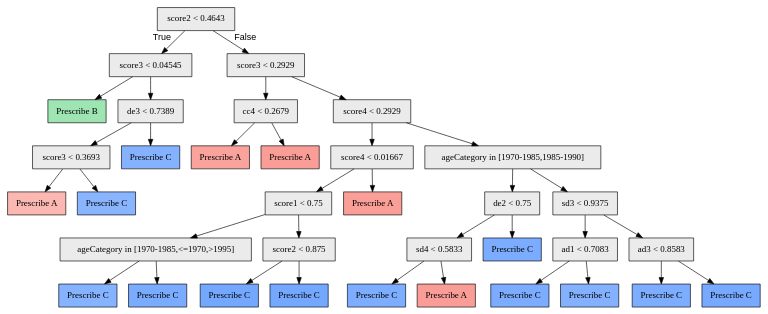
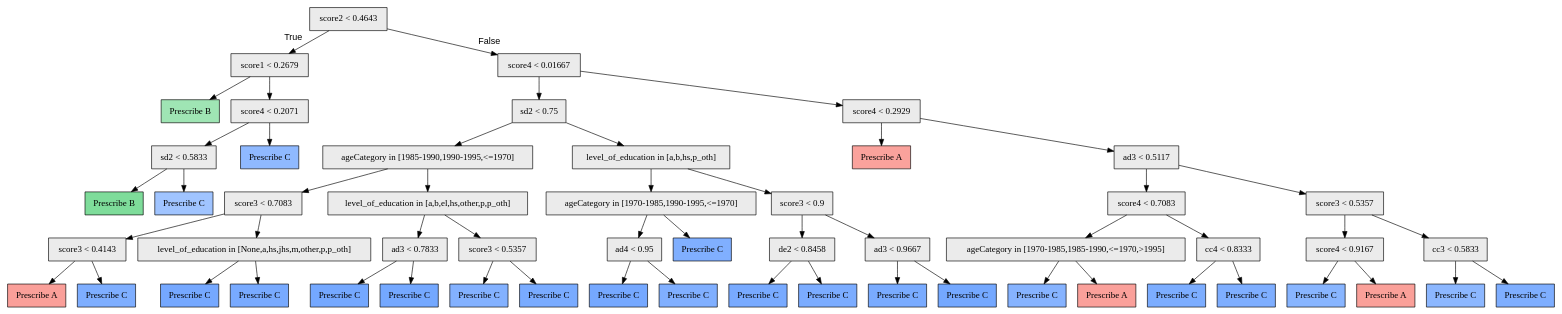
Before and after one commit to galitLukin/PersonalizedLearning: the diagram in python/model/3/rts/pytree.dot, drawn with Graphviz. The commit also changed 15 other files, not shown here.

```diff
--- a/python/model/3/rts/pytree.dot
+++ b/python/model/3/rts/pytree.dot
@@ -1,71 +1,111 @@
 digraph "G" {
 1 [fillcolor="#EBEBEB", fontname="bold arial", label="score2 &lt; 0.4643", shape=box, style="filled"];
-2 [fillcolor="#EBEBEB", fontname="bold arial", label="score3 &lt; 0.04545", shape=box, style="filled"];
+2 [fillcolor="#EBEBEB", fontname="bold arial", label="score1 &lt; 0.2679", shape=box, style="filled"];
 3 [color=black, fillcolor="#00BA3860", fontname="bold arial", label="Prescribe B", shape=box, style="filled"];
-4 [fillcolor="#EBEBEB", fontname="bold arial", label="de3 &lt; 0.7389", shape=box, style="filled"];
-5 [fillcolor="#EBEBEB", fontname="bold arial", label="score3 &lt; 0.3693", shape=box, style="filled"];
-6 [color=black, fillcolor="#F8766D86", fontname="bold arial", label="Prescribe A", shape=box, style="filled"];
-7 [color=black, fillcolor="#619CFFbd", fontname="bold arial", label="Prescribe C", shape=box, style="filled"];
-8 [color=black, fillcolor="#619CFFc5", fontname="bold arial", label="Prescribe C", shape=box, style="filled"];
-9 [fillcolor="#EBEBEB", fontname="bold arial", label="score3 &lt; 0.2929", shape=box, style="filled"];
-10 [fillcolor="#EBEBEB", fontname="bold arial", label="cc4 &lt; 0.2679", shape=box, style="filled"];
-11 [color=black, fillcolor="#F8766Dac", fontname="bold arial", label="Prescribe A", shape=box, style="filled"];
-12 [color=black, fillcolor="#F8766Db6", fontname="bold arial", label="Prescribe A", shape=box, style="filled"];
-13 [fillcolor="#EBEBEB", fontname="bold arial", label="score4 &lt; 0.2929", shape=box, style="filled"];
-14 [fillcolor="#EBEBEB", fontname="bold arial", label="score4 &lt; 0.01667", shape=box, style="filled"];
-15 [fillcolor="#EBEBEB", fontname="bold arial", label="score1 &lt; 0.75", shape=box, style="filled"];
-16 [fillcolor="#EBEBEB", fontname="bold arial", label="ageCategory in [1970-1985,&lt;=1970,&gt;1995]", shape=box, style="filled"];
-17 [color=black, fillcolor="#619CFFc3", fontname="bold arial", label="Prescribe C", shape=box, style="filled"];
-18 [color=black, fillcolor="#619CFFd7", fontname="bold arial", label="Prescribe C", shape=box, style="filled"];
-19 [fillcolor="#EBEBEB", fontname="bold arial", label="score2 &lt; 0.875", shape=box, style="filled"];
-20 [color=black, fillcolor="#619CFFdf", fontname="bold arial", label="Prescribe C", shape=box, style="filled"];
+4 [fillcolor="#EBEBEB", fontname="bold arial", label="score4 &lt; 0.2071", shape=box, style="filled"];
+5 [fillcolor="#EBEBEB", fontname="bold arial", label="sd2 &lt; 0.5833", shape=box, style="filled"];
+6 [color=black, fillcolor="#00BA3881", fontname="bold arial", label="Prescribe B", shape=box, style="filled"];
+7 [color=black, fillcolor="#619CFF98", fontname="bold arial", label="Prescribe C", shape=box, style="filled"];
+8 [color=black, fillcolor="#619CFFb4", fontname="bold arial", label="Prescribe C", shape=box, style="filled"];
+9 [fillcolor="#EBEBEB", fontname="bold arial", label="score4 &lt; 0.01667", shape=box, style="filled"];
+10 [fillcolor="#EBEBEB", fontname="bold arial", label="sd2 &lt; 0.75", shape=box, style="filled"];
+11 [fillcolor="#EBEBEB", fontname="bold arial", label="ageCategory in [1985-1990,1990-1995,&lt;=1970]", shape=box, style="filled"];
+12 [fillcolor="#EBEBEB", fontname="bold arial", label="score3 &lt; 0.7083", shape=box, style="filled"];
+13 [fillcolor="#EBEBEB", fontname="bold arial", label="score3 &lt; 0.4143", shape=box, style="filled"];
+14 [color=black, fillcolor="#F8766Db2", fontname="bold arial", label="Prescribe A", shape=box, style="filled"];
+15 [color=black, fillcolor="#619CFFd0", fontname="bold arial", label="Prescribe C", shape=box, style="filled"];
+16 [fillcolor="#EBEBEB", fontname="bold arial", label="level_of_education in [None,a,hs,jhs,m,other,p,p_oth]", shape=box, style="filled"];
+17 [color=black, fillcolor="#619CFFde", fontname="bold arial", label="Prescribe C", shape=box, style="filled"];
+18 [color=black, fillcolor="#619CFFd9", fontname="bold arial", label="Prescribe C", shape=box, style="filled"];
+19 [fillcolor="#EBEBEB", fontname="bold arial", label="level_of_education in [a,b,el,hs,other,p,p_oth]", shape=box, style="filled"];
+20 [fillcolor="#EBEBEB", fontname="bold arial", label="ad3 &lt; 0.7833", shape=box, style="filled"];
 21 [color=black, fillcolor="#619CFFdf", fontname="bold arial", label="Prescribe C", shape=box, style="filled"];
-22 [color=black, fillcolor="#F8766Db4", fontname="bold arial", label="Prescribe A", shape=box, style="filled"];
-23 [fillcolor="#EBEBEB", fontname="bold arial", label="ageCategory in [1970-1985,1985-1990]", shape=box, style="filled"];
-24 [fillcolor="#EBEBEB", fontname="bold arial", label="de2 &lt; 0.75", shape=box, style="filled"];
-25 [fillcolor="#EBEBEB", fontname="bold arial", label="sd4 &lt; 0.5833", shape=box, style="filled"];
-26 [color=black, fillcolor="#619CFFd3", fontname="bold arial", label="Prescribe C", shape=box, style="filled"];
-27 [color=black, fillcolor="#F8766Db6", fontname="bold arial", label="Prescribe A", shape=box, style="filled"];
-28 [color=black, fillcolor="#619CFFd4", fontname="bold arial", label="Prescribe C", shape=box, style="filled"];
-29 [fillcolor="#EBEBEB", fontname="bold arial", label="sd3 &lt; 0.9375", shape=box, style="filled"];
-30 [fillcolor="#EBEBEB", fontname="bold arial", label="ad1 &lt; 0.7083", shape=box, style="filled"];
-31 [color=black, fillcolor="#619CFFd4", fontname="bold arial", label="Prescribe C", shape=box, style="filled"];
-32 [color=black, fillcolor="#619CFFc8", fontname="bold arial", label="Prescribe C", shape=box, style="filled"];
-33 [fillcolor="#EBEBEB", fontname="bold arial", label="ad3 &lt; 0.8583", shape=box, style="filled"];
-34 [color=black, fillcolor="#619CFFd1", fontname="bold arial", label="Prescribe C", shape=box, style="filled"];
-35 [color=black, fillcolor="#619CFFda", fontname="bold arial", label="Prescribe C", shape=box, style="filled"];
+22 [color=black, fillcolor="#619CFFdf", fontname="bold arial", label="Prescribe C", shape=box, style="filled"];
+23 [fillcolor="#EBEBEB", fontname="bold arial", label="score3 &lt; 0.5357", shape=box, style="filled"];
+24 [color=black, fillcolor="#619CFFc7", fontname="bold arial", label="Prescribe C", shape=box, style="filled"];
+25 [color=black, fillcolor="#619CFFd7", fontname="bold arial", label="Prescribe C", shape=box, style="filled"];
+26 [fillcolor="#EBEBEB", fontname="bold arial", label="level_of_education in [a,b,hs,p_oth]", shape=box, style="filled"];
+27 [fillcolor="#EBEBEB", fontname="bold arial", label="ageCategory in [1970-1985,1990-1995,&lt;=1970]", shape=box, style="filled"];
+28 [fillcolor="#EBEBEB", fontname="bold arial", label="ad4 &lt; 0.95", shape=box, style="filled"];
+29 [color=black, fillcolor="#619CFFde", fontname="bold arial", label="Prescribe C", shape=box, style="filled"];
+30 [color=black, fillcolor="#619CFFcd", fontname="bold arial", label="Prescribe C", shape=box, style="filled"];
+31 [color=black, fillcolor="#619CFFcd", fontname="bold arial", label="Prescribe C", shape=box, style="filled"];
+32 [fillcolor="#EBEBEB", fontname="bold arial", label="score3 &lt; 0.9", shape=box, style="filled"];
+33 [fillcolor="#EBEBEB", fontname="bold arial", label="de2 &lt; 0.8458", shape=box, style="filled"];
+34 [color=black, fillcolor="#619CFFd9", fontname="bold arial", label="Prescribe C", shape=box, style="filled"];
+35 [color=black, fillcolor="#619CFFd4", fontname="bold arial", label="Prescribe C", shape=box, style="filled"];
+36 [fillcolor="#EBEBEB", fontname="bold arial", label="ad3 &lt; 0.9667", shape=box, style="filled"];
+37 [color=black, fillcolor="#619CFFd7", fontname="bold arial", label="Prescribe C", shape=box, style="filled"];
+38 [color=black, fillcolor="#619CFFdf", fontname="bold arial", label="Prescribe C", shape=box, style="filled"];
+39 [fillcolor="#EBEBEB", fontname="bold arial", label="score4 &lt; 0.2929", shape=box, style="filled"];
+40 [color=black, fillcolor="#F8766Dad", fontname="bold arial", label="Prescribe A", shape=box, style="filled"];
+41 [fillcolor="#EBEBEB", fontname="bold arial", label="ad3 &lt; 0.5117", shape=box, style="filled"];
+42 [fillcolor="#EBEBEB", fontname="bold arial", label="score4 &lt; 0.7083", shape=box, style="filled"];
+43 [fillcolor="#EBEBEB", fontname="bold arial", label="ageCategory in [1970-1985,1985-1990,&lt;=1970,&gt;1995]", shape=box, style="filled"];
+44 [color=black, fillcolor="#619CFFc2", fontname="bold arial", label="Prescribe C", shape=box, style="filled"];
+45 [color=black, fillcolor="#F8766Db0", fontname="bold arial", label="Prescribe A", shape=box, style="filled"];
+46 [fillcolor="#EBEBEB", fontname="bold arial", label="cc4 &lt; 0.8333", shape=box, style="filled"];
+47 [color=black, fillcolor="#619CFFd3", fontname="bold arial", label="Prescribe C", shape=box, style="filled"];
+48 [color=black, fillcolor="#619CFFd0", fontname="bold arial", label="Prescribe C", shape=box, style="filled"];
+49 [fillcolor="#EBEBEB", fontname="bold arial", label="score3 &lt; 0.5357", shape=box, style="filled"];
+50 [fillcolor="#EBEBEB", fontname="bold arial", label="score4 &lt; 0.9167", shape=box, style="filled"];
+51 [color=black, fillcolor="#619CFFbf", fontname="bold arial", label="Prescribe C", shape=box, style="filled"];
+52 [color=black, fillcolor="#F8766Db1", fontname="bold arial", label="Prescribe A", shape=box, style="filled"];
+53 [fillcolor="#EBEBEB", fontname="bold arial", label="cc3 &lt; 0.5833", shape=box, style="filled"];
+54 [color=black, fillcolor="#619CFFb9", fontname="bold arial", label="Prescribe C", shape=box, style="filled"];
+55 [color=black, fillcolor="#619CFFd0", fontname="bold arial", label="Prescribe C", shape=box, style="filled"];
 1 -> 2  [fontname="arial", headlabel="True", key=0, labelangle=45, labeldistance="2.5"];
 1 -> 9  [fontname="arial", headlabel="False", key=0, labelangle="-45", labeldistance="2.5"];
 2 -> 3  [key=0];
 2 -> 4  [key=0];
 4 -> 5  [key=0];
 4 -> 8  [key=0];
 5 -> 6  [key=0];
 5 -> 7  [key=0];
 9 -> 10  [key=0];
-9 -> 13  [key=0];
+9 -> 39  [key=0];
 10 -> 11  [key=0];
-10 -> 12  [key=0];
+10 -> 26  [key=0];
+11 -> 12  [key=0];
+11 -> 19  [key=0];
+12 -> 13  [key=0];
+12 -> 16  [key=0];
 13 -> 14  [key=0];
-13 -> 23  [key=0];
-14 -> 15  [key=0];
-14 -> 22  [key=0];
-15 -> 16  [key=0];
-15 -> 19  [key=0];
+13 -> 15  [key=0];
 16 -> 17  [key=0];
 16 -> 18  [key=0];
 19 -> 20  [key=0];
-19 -> 21  [key=0];
+19 -> 23  [key=0];
+20 -> 21  [key=0];
+20 -> 22  [key=0];
 23 -> 24  [key=0];
-23 -> 29  [key=0];
-24 -> 25  [key=0];
-24 -> 28  [key=0];
-25 -> 26  [key=0];
-25 -> 27  [key=0];
-29 -> 30  [key=0];
-29 -> 33  [key=0];
-30 -> 31  [key=0];
-30 -> 32  [key=0];
+23 -> 25  [key=0];
+26 -> 27  [key=0];
+26 -> 32  [key=0];
+27 -> 28  [key=0];
+27 -> 31  [key=0];
+28 -> 29  [key=0];
+28 -> 30  [key=0];
+32 -> 33  [key=0];
+32 -> 36  [key=0];
 33 -> 34  [key=0];
 33 -> 35  [key=0];
+36 -> 37  [key=0];
+36 -> 38  [key=0];
+39 -> 40  [key=0];
+39 -> 41  [key=0];
+41 -> 42  [key=0];
+41 -> 49  [key=0];
+42 -> 43  [key=0];
+42 -> 46  [key=0];
+43 -> 44  [key=0];
+43 -> 45  [key=0];
+46 -> 47  [key=0];
+46 -> 48  [key=0];
+49 -> 50  [key=0];
+49 -> 53  [key=0];
+50 -> 51  [key=0];
+50 -> 52  [key=0];
+53 -> 54  [key=0];
+53 -> 55  [key=0];
 }
```
